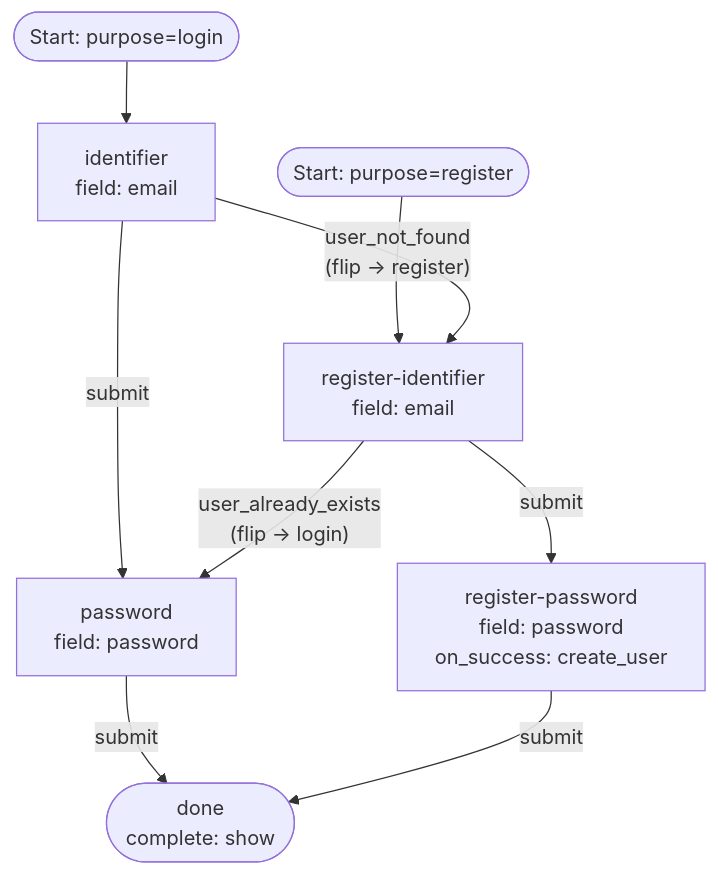
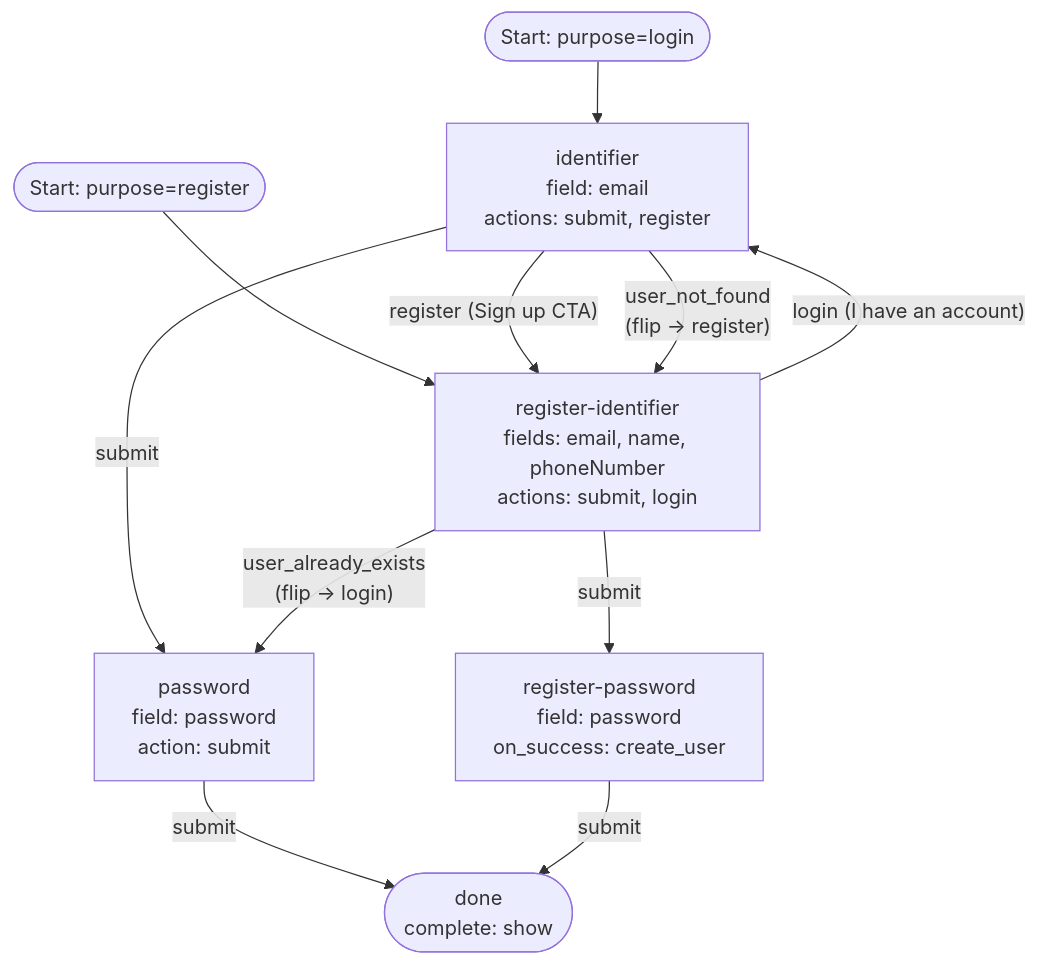
The diagram in api/openapi/endpoints/flow_definitions/examples/05-combined-login-register/README.md (zitadel/nextgen), drawn with Mermaid before and after one commit. The commit also changed other lines of this file and 3 other files, not shown here.

First line of the commit message:
docs(flowengine): enrich combined examples with profile fields and navigation CTAs

````diff
--- a/api/openapi/endpoints/flow_definitions/examples/05-combined-login-register/README.md
+++ b/api/openapi/endpoints/flow_definitions/examples/05-combined-login-register/README.md
@@ -26,19 +54,21 @@
 ```mermaid
 flowchart TD
     startLogin([Start: purpose=login]) --> identifier
     startRegister([Start: purpose=register]) --> regIdentifier
 
-    identifier["identifier<br/>field: email"]
-    password["password<br/>field: password"]
-    regIdentifier["register-identifier<br/>field: email"]
+    identifier["identifier<br/>field: email<br/>actions: submit, register"]
+    password["password<br/>field: password<br/>action: submit"]
+    regIdentifier["register-identifier<br/>fields: email, name, phoneNumber<br/>actions: submit, login"]
     regPassword["register-password<br/>field: password<br/>on_success: create_user"]
     done([done<br/>complete: show])
 
     identifier -- submit --> password
+    identifier -- "register (Sign up CTA)" --> regIdentifier
     identifier -- "user_not_found<br/>(flip → register)" --> regIdentifier
     password -- submit --> done
 
     regIdentifier -- submit --> regPassword
+    regIdentifier -- "login (I have an account)" --> identifier
     regIdentifier -- "user_already_exists<br/>(flip → login)" --> password
     regPassword -- submit --> done
 ```
````
